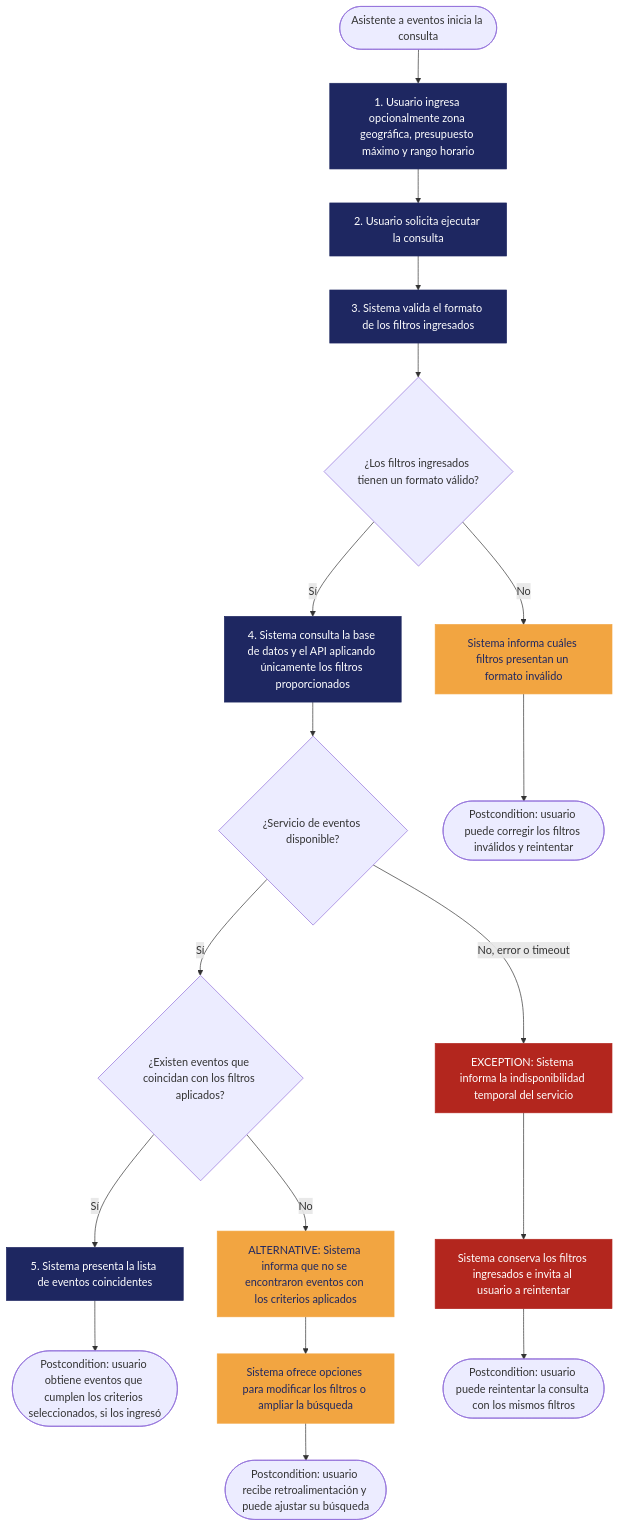
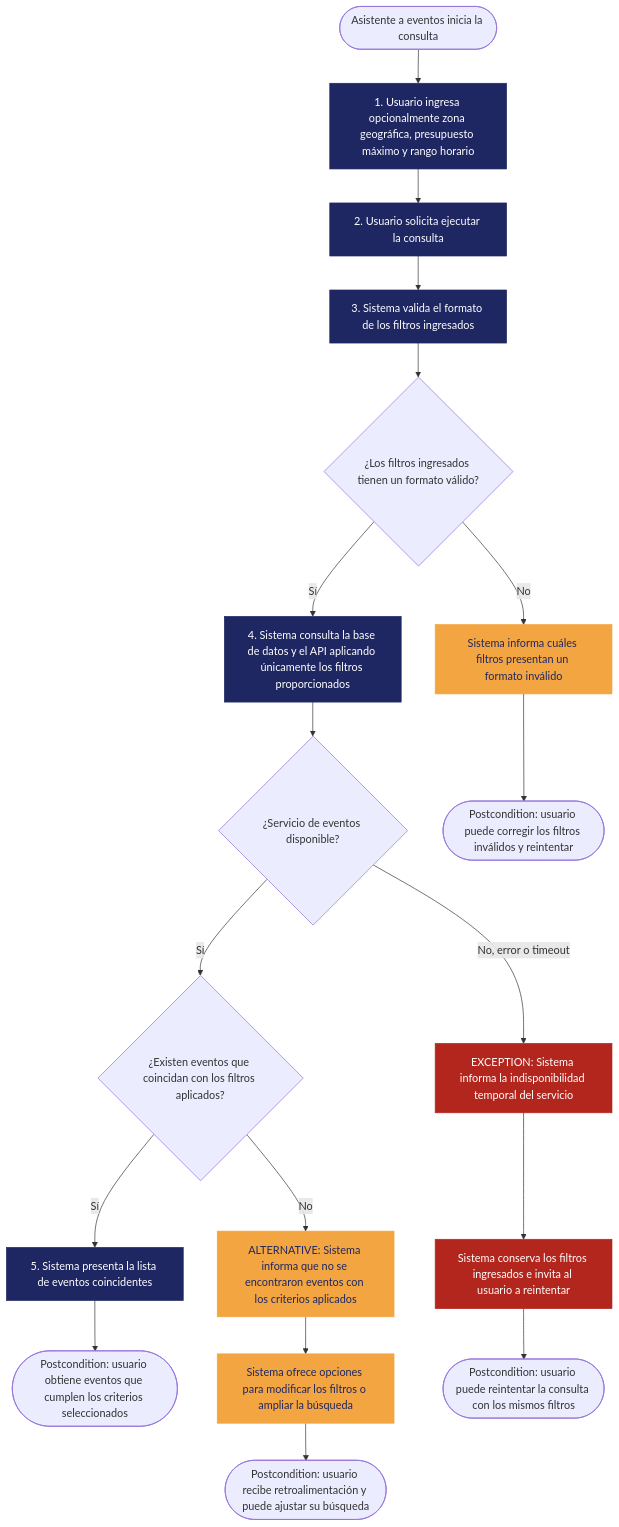
Before and after one commit to ProyectPlanning/Sistema_de_eventos: the diagram in Docs/REQ-01.md, drawn with Mermaid.

Commit message:
Remove redundant text in postcondition statement

````diff
--- a/Docs/REQ-01.md
+++ b/Docs/REQ-01.md
@@ -140,33 +140,33 @@
 ```mermaid
 flowchart TD
     A([Asistente a eventos inicia la consulta]) --> B["1. Usuario ingresa opcionalmente zona geográfica, presupuesto máximo y rango horario"]
     B --> C["2. Usuario solicita ejecutar la consulta"]
     C --> D["3. Sistema valida el formato de los filtros ingresados"]
     D --> E{"¿Los filtros ingresados tienen un formato válido?"}
 
     E -- "Sí" --> F["4. Sistema consulta la base de datos y el API aplicando únicamente los filtros proporcionados"]
     F --> G{"¿Servicio de eventos disponible?"}
 
     G -- "Sí" --> H{"¿Existen eventos que coincidan con los filtros aplicados?"}
     H -- "Sí" --> I["5. Sistema presenta la lista de eventos coincidentes"]
-    I --> J(["Postcondition: usuario obtiene eventos que cumplen los criterios seleccionados, si los ingresó"])
+    I --> J(["Postcondition: usuario obtiene eventos que cumplen los criterios seleccionados"])
 
     H -- "No" --> K["ALTERNATIVE: Sistema informa que no se encontraron eventos con los criterios aplicados"]
     K --> L["Sistema ofrece opciones para modificar los filtros o ampliar la búsqueda"]
     L --> M(["Postcondition: usuario recibe retroalimentación y puede ajustar su búsqueda"])
 
     G -- "No, error o timeout" --> N["EXCEPTION: Sistema informa la indisponibilidad temporal del servicio"]
     N --> O["Sistema conserva los filtros ingresados e invita al usuario a reintentar"]
     O --> P(["Postcondition: usuario puede reintentar la consulta con los mismos filtros"])
 
     E -- "No" --> Q["Sistema informa cuáles filtros presentan un formato inválido"]
     Q --> R(["Postcondition: usuario puede corregir los filtros inválidos y reintentar"])
 
     classDef mainflow fill:#1E2761,color:#ffffff,stroke:#1E2761;
     classDef alt fill:#F2A541,color:#1E2761,stroke:#F2A541;
     classDef exception fill:#B3261E,color:#ffffff,stroke:#B3261E;
 
     class B,C,D,F,I mainflow;
     class K,L,Q alt;
     class N,O exception;
 ```
````
